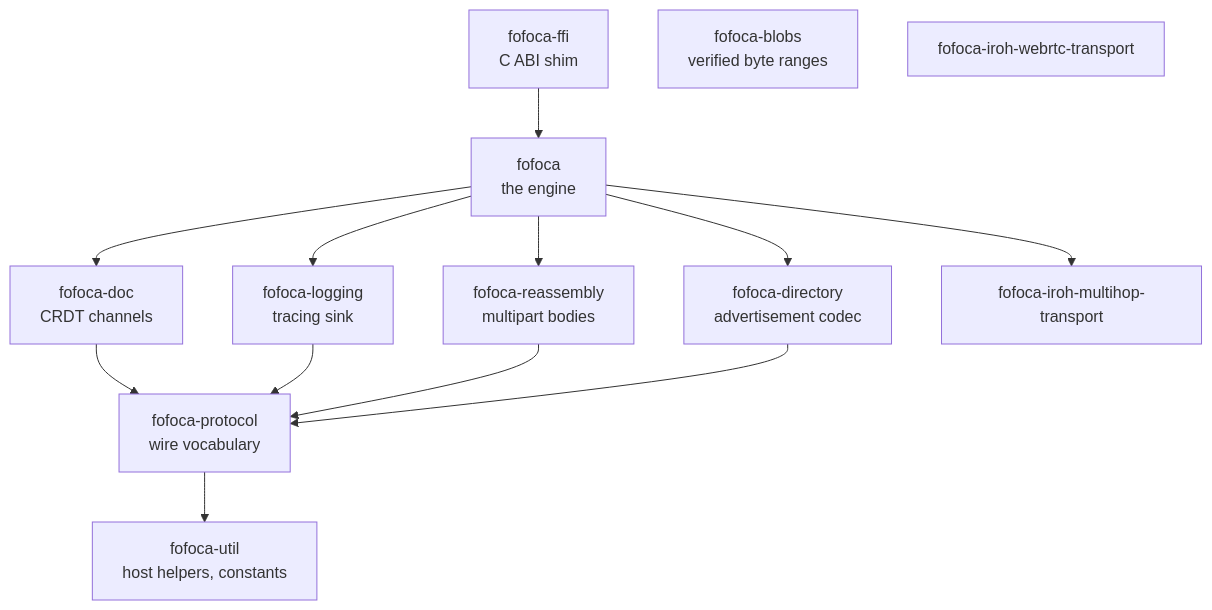
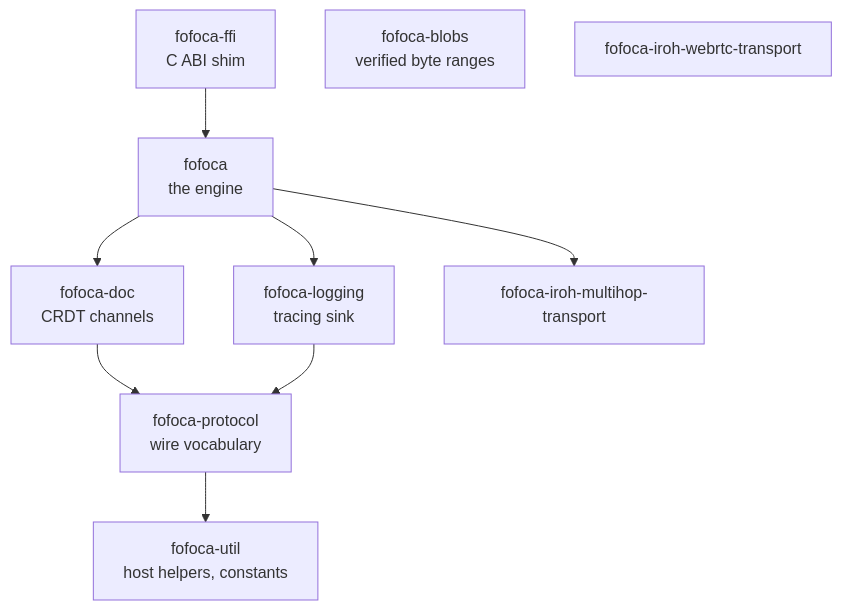
One commit to fofoca-network/fofoca changed the second of 10 diagrams in docs/architecture.md. Above: the diagram before and after it, drawn with Mermaid. The commit also changed other lines of this file and 57 other files, not shown here.

````diff
--- a/docs/architecture.md
+++ b/docs/architecture.md
@@ -89,16 +89,12 @@
 ```mermaid
 graph TD
     ffi["fofoca-ffi<br>C ABI shim"] --> engine
     engine["fofoca<br>the engine"] --> doc["fofoca-doc<br>CRDT channels"]
     engine --> logging["fofoca-logging<br>tracing sink"]
-    engine --> reasm["fofoca-reassembly<br>multipart bodies"]
-    engine --> dir["fofoca-directory<br>advertisement codec"]
     engine --> mh["fofoca-iroh-multihop-transport"]
     doc --> proto["fofoca-protocol<br>wire vocabulary"]
     logging --> proto
-    reasm --> proto
-    dir --> proto
     proto --> util["fofoca-util<br>host helpers, constants"]
     blobs["fofoca-blobs<br>verified byte ranges"]
     webrtc["fofoca-iroh-webrtc-transport"]
 ```
````
